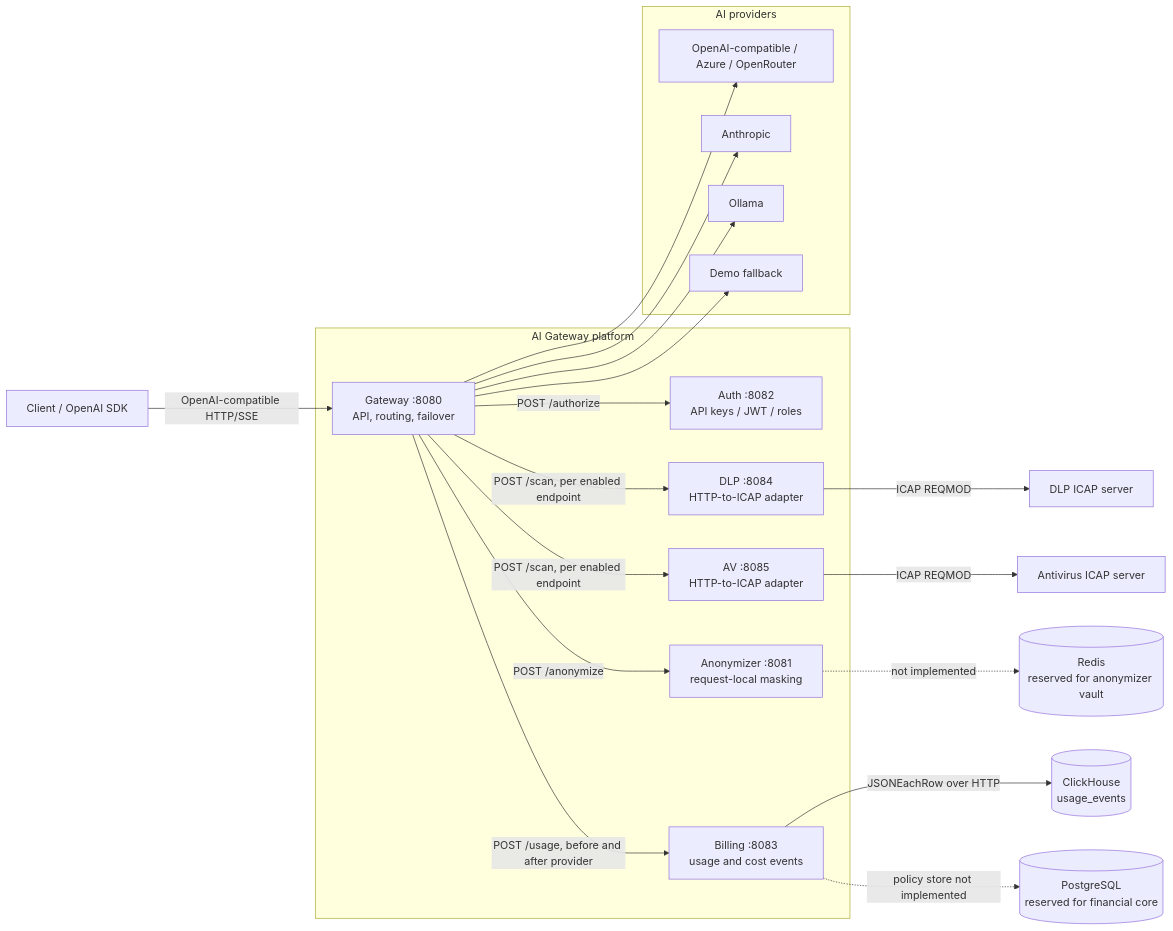
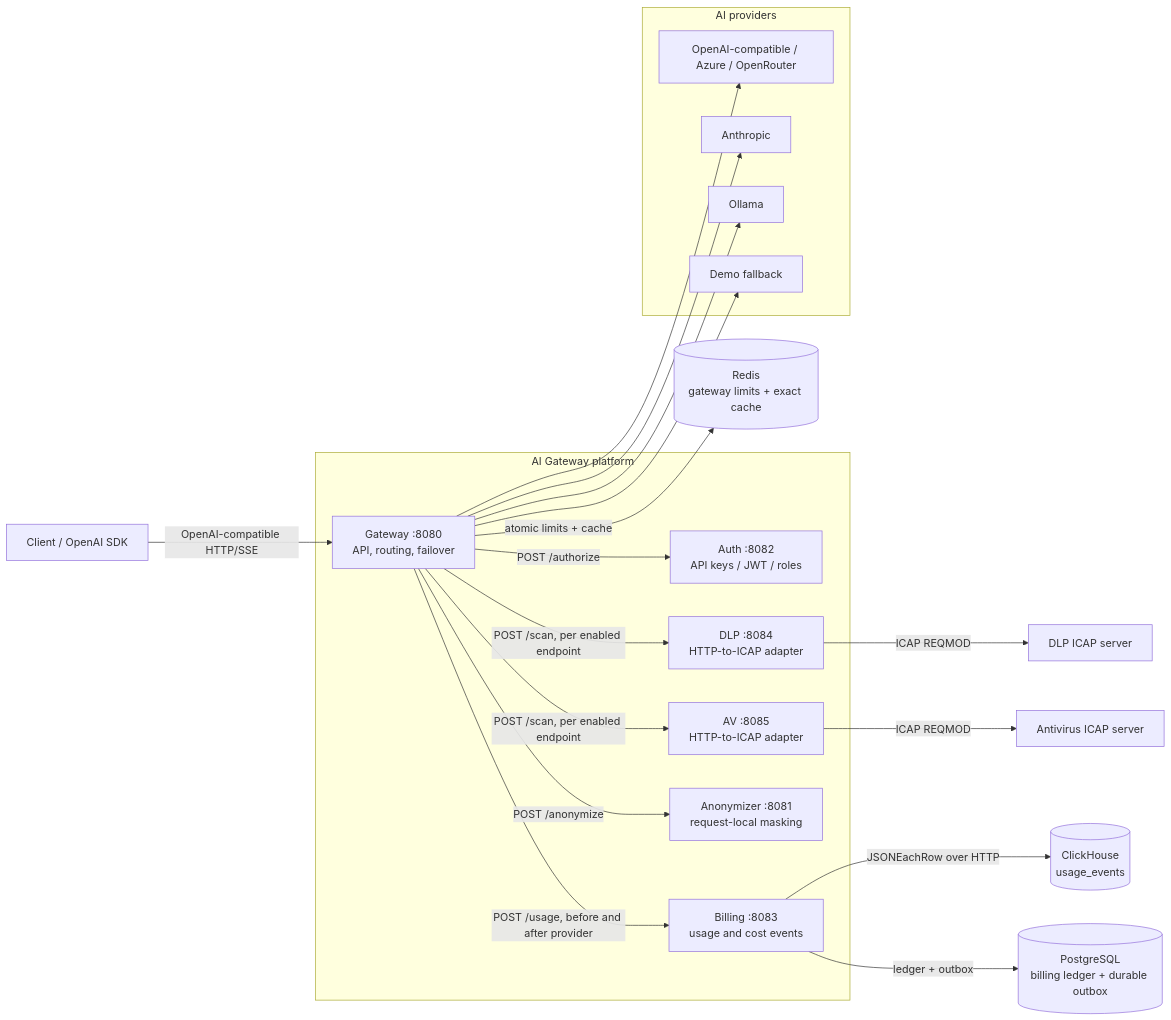
One commit to NEODjazz/ai-gateway changed the first of 4 diagrams in docs/architecture.md. Above: the diagram before and after it, drawn with Mermaid. The commit also changed other lines of this file and 88 other files, not shown here.

Commit message:
Harden gateway and add durable distributed controls

````diff
--- a/docs/architecture.md
+++ b/docs/architecture.md
@@ -11,42 +11,42 @@
 ```mermaid
 flowchart LR
     Client["Client / OpenAI SDK"]
 
     subgraph Platform["AI Gateway platform"]
         Gateway["Gateway :8080<br/>API, routing, failover"]
         Auth["Auth :8082<br/>API keys / JWT / roles"]
         DLP["DLP :8084<br/>HTTP-to-ICAP adapter"]
         AV["AV :8085<br/>HTTP-to-ICAP adapter"]
         Anonymizer["Anonymizer :8081<br/>request-local masking"]
         Billing["Billing :8083<br/>usage and cost events"]
     end
 
     subgraph Providers["AI providers"]
         OpenAI["OpenAI-compatible / Azure / OpenRouter"]
         Anthropic["Anthropic"]
         Ollama["Ollama"]
         Demo["Demo fallback"]
     end
 
     DlpIcap["DLP ICAP server"]
     AvIcap["Antivirus ICAP server"]
     ClickHouse[("ClickHouse<br/>usage_events")]
-    Redis[("Redis<br/>reserved for anonymizer vault")]
-    Postgres[("PostgreSQL<br/>reserved for financial core")]
+    Redis[("Redis<br/>gateway limits + exact cache")]
+    Postgres[("PostgreSQL<br/>billing ledger + durable outbox")]
 
     Client -->|"OpenAI-compatible HTTP/SSE"| Gateway
     Gateway -->|"POST /authorize"| Auth
     Gateway -->|"POST /scan, per enabled endpoint"| DLP
     Gateway -->|"POST /scan, per enabled endpoint"| AV
     Gateway -->|"POST /anonymize"| Anonymizer
     Gateway -->|"POST /usage, before and after provider"| Billing
     Gateway --> OpenAI
     Gateway --> Anthropic
     Gateway --> Ollama
     Gateway --> Demo
     DLP -->|"ICAP REQMOD"| DlpIcap
     AV -->|"ICAP REQMOD"| AvIcap
     Billing -->|"JSONEachRow over HTTP"| ClickHouse
-    Anonymizer -. "not implemented" .-> Redis
-    Billing -. "policy store not implemented" .-> Postgres
+    Gateway -->|"atomic limits + cache"| Redis
+    Billing -->|"ledger + outbox"| Postgres
 ```
````
